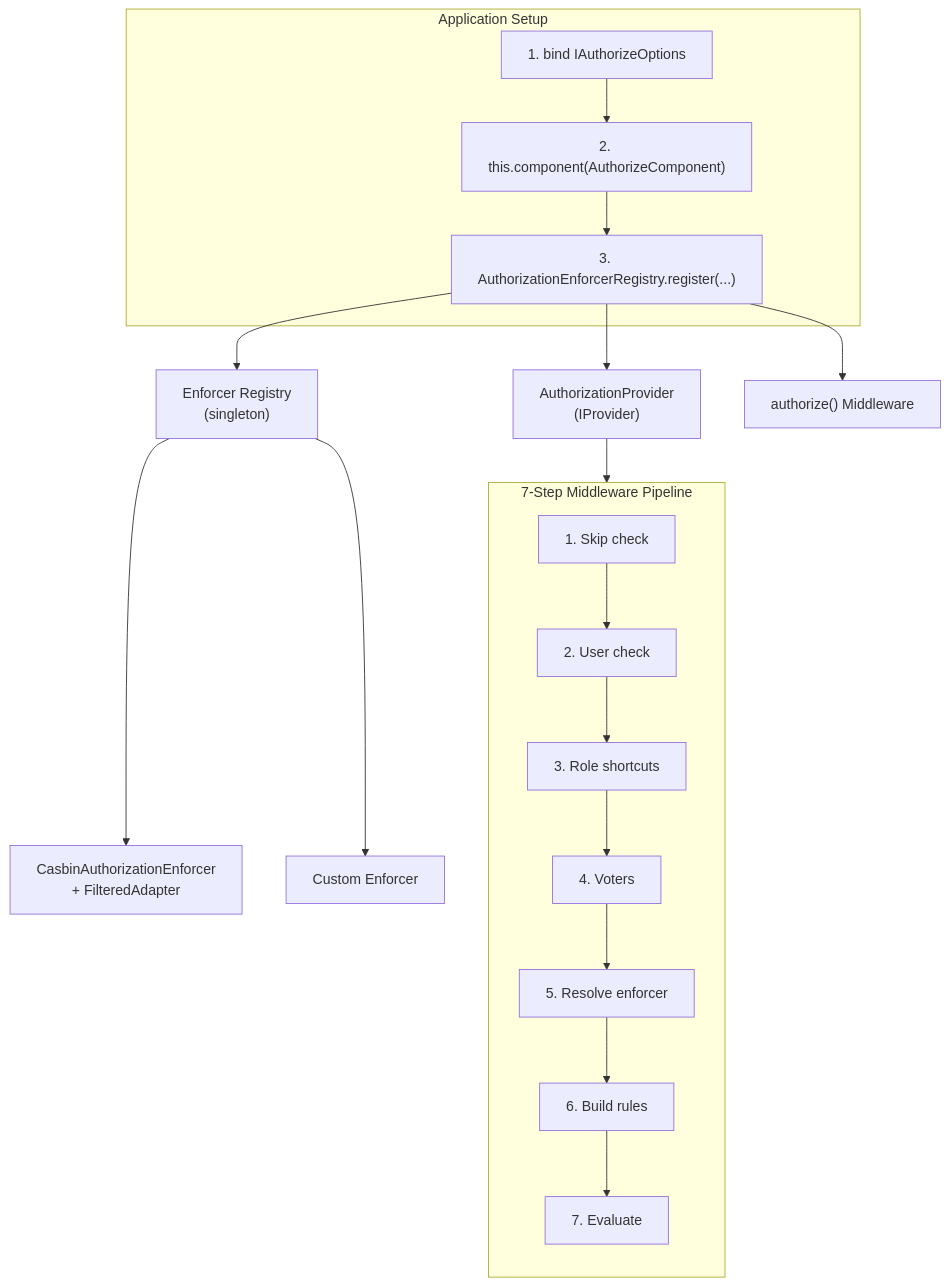
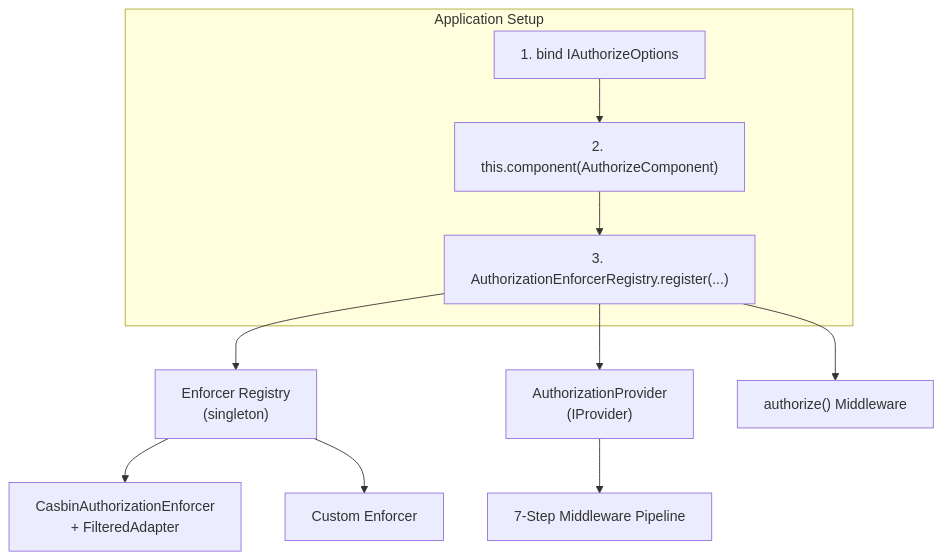
One commit to VENIZIA-AI/ignis changed the first of 3 diagrams in docs/wiki/content/extensions/components/authorization/api.md. Above: the diagram before and after it, drawn with Mermaid. The commit also changed other lines of this file and 233 other files, not shown here.

````diff
--- a/docs/wiki/content/extensions/components/authorization/api.md
+++ b/docs/wiki/content/extensions/components/authorization/api.md
@@ -9,30 +84,18 @@
 ```mermaid
 graph TB
     subgraph Application["Application Setup"]
         A1["1. bind IAuthorizeOptions"]
         A2["2. this.component(AuthorizeComponent)"]
         A3["3. AuthorizationEnforcerRegistry.register(...)"]
         A1 --> A2 --> A3
     end
 
     A3 --> Registry["Enforcer Registry<br/>(singleton)"]
     A3 --> Provider["AuthorizationProvider<br/>(IProvider)"]
     A3 --> MW["authorize() Middleware"]
 
     Registry --> Casbin["CasbinAuthorizationEnforcer<br/>+ FilteredAdapter"]
     Registry --> Custom["Custom Enforcer"]
 
-    Provider --> Pipeline["Request Pipeline"]
-
-    subgraph Pipeline["7-Step Middleware Pipeline"]
-        direction TB
-        S1["1. Skip check"]
-        S2["2. User check"]
-        S3["3. Role shortcuts"]
-        S4["4. Voters"]
-        S5["5. Resolve enforcer"]
-        S6["6. Build rules"]
-        S7["7. Evaluate"]
-        S1 --> S2 --> S3 --> S4 --> S5 --> S6 --> S7
-    end
+    Provider --> Pipeline["7-Step Middleware Pipeline"]
 ```
````
